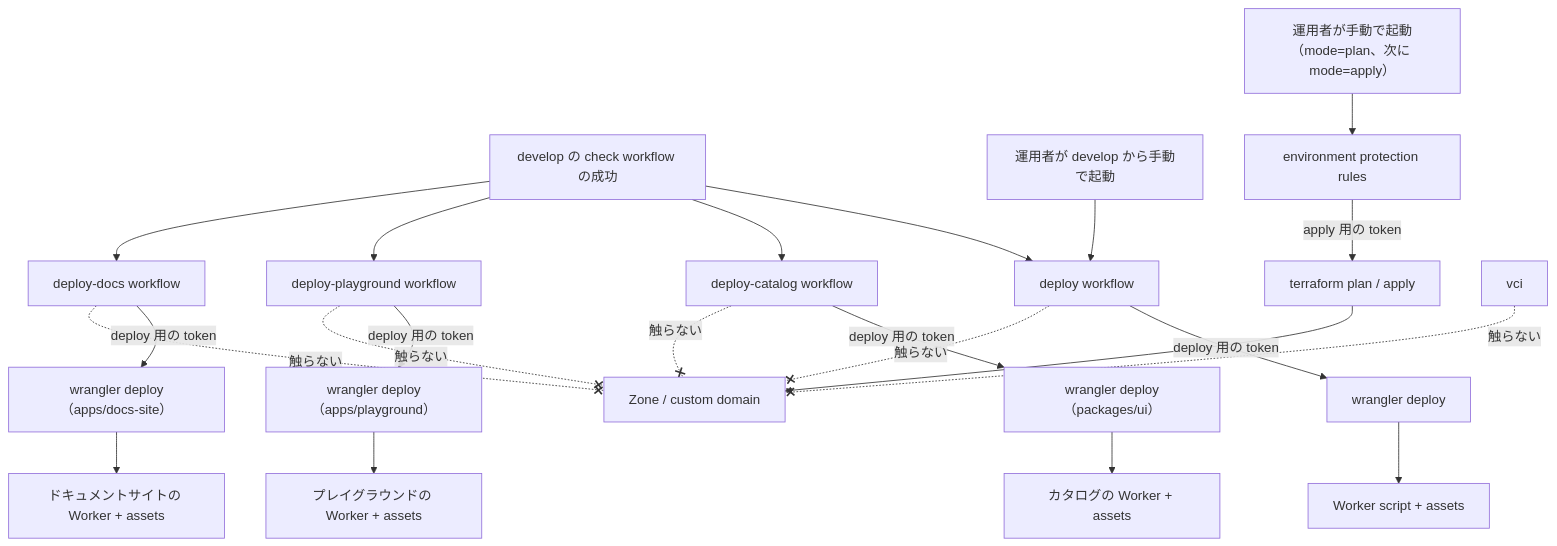
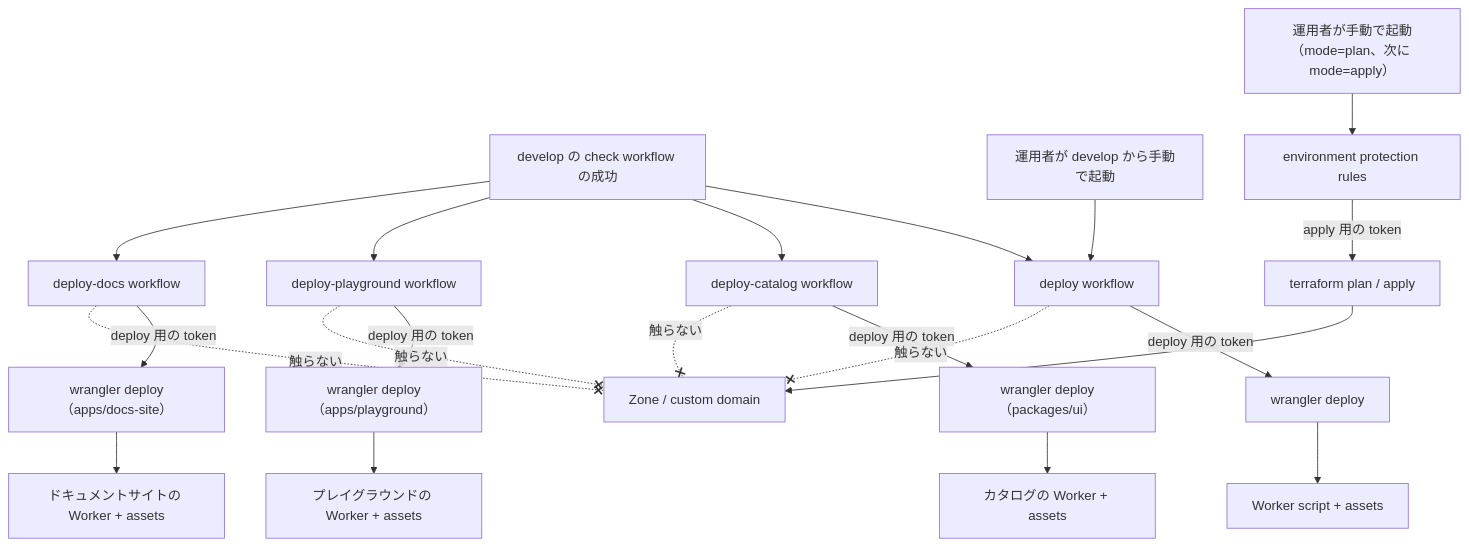
The diagram in infra/DesignDoc.md (Fukuemon/fukuemon.dev), drawn with Mermaid before and after one commit. The commit also changed other lines of this file and 9 other files, not shown here.

Commit message:
docs: 切り替えの前の期間だけの記述と図の消し残しを直す #256

````diff
--- a/infra/DesignDoc.md
+++ b/infra/DesignDoc.md
@@ -44,24 +44,23 @@
 ```mermaid
 flowchart TD
     check["develop の check workflow の成功"] --> ci["deploy workflow"]
     dmanual["運用者が develop から手動で起動"] --> ci
     ci -->|"deploy 用の token"| wd["wrangler deploy"]
     wd --> worker["Worker script + assets"]
     check --> cci["deploy-catalog workflow"]
     cci -->|"deploy 用の token"| cwd["wrangler deploy（packages/ui）"]
     cwd --> catalog["カタログの Worker + assets"]
     check --> pci["deploy-playground workflow"]
     pci -->|"deploy 用の token"| pwd["wrangler deploy（apps/playground）"]
     pwd --> playground["プレイグラウンドの Worker + assets"]
     check --> dci["deploy-docs workflow"]
     dci -->|"deploy 用の token"| dwd["wrangler deploy（apps/docs-site）"]
     dwd --> docs["ドキュメントサイトの Worker + assets"]
     manual["運用者が手動で起動（mode=plan、次に mode=apply）"] --> env["environment protection rules"]
     env -->|"apply 用の token"| tf["terraform plan / apply"]
     tf --> base["Zone / custom domain"]
     ci -. "触らない" .-x base
     cci -. "触らない" .-x base
     pci -. "触らない" .-x base
-    vci -. "触らない" .-x base
     dci -. "触らない" .-x base
 ```
````
